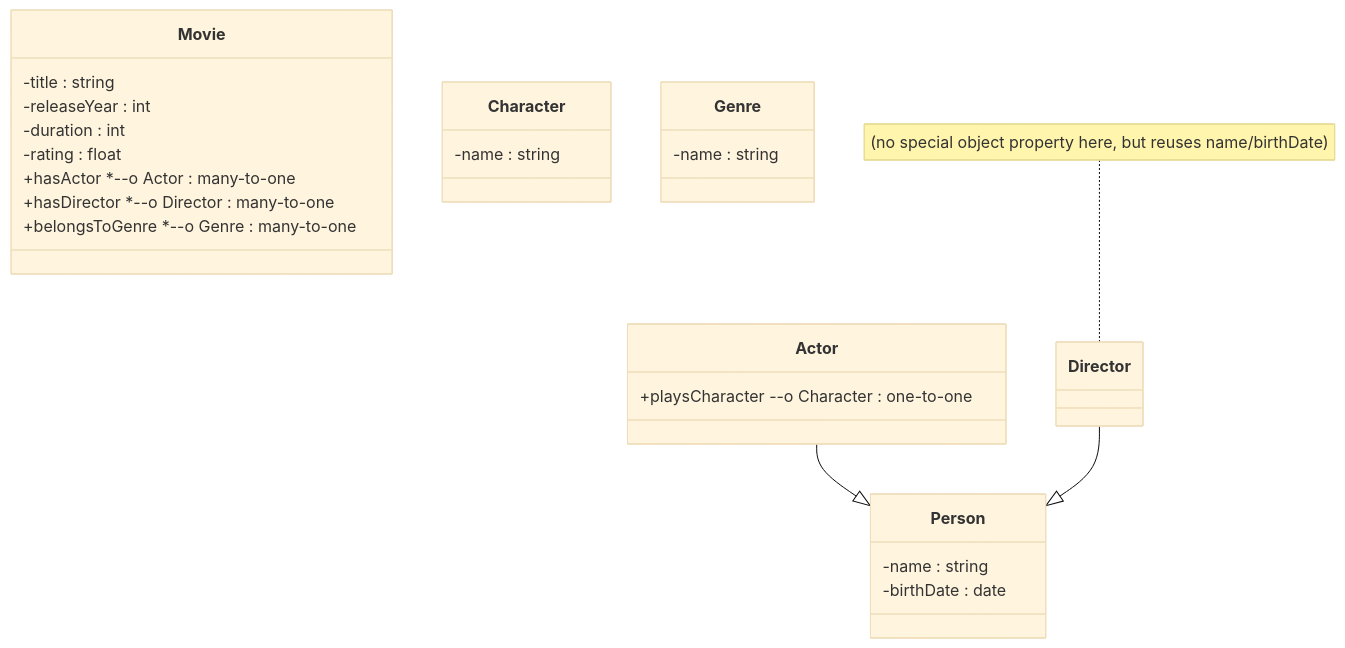
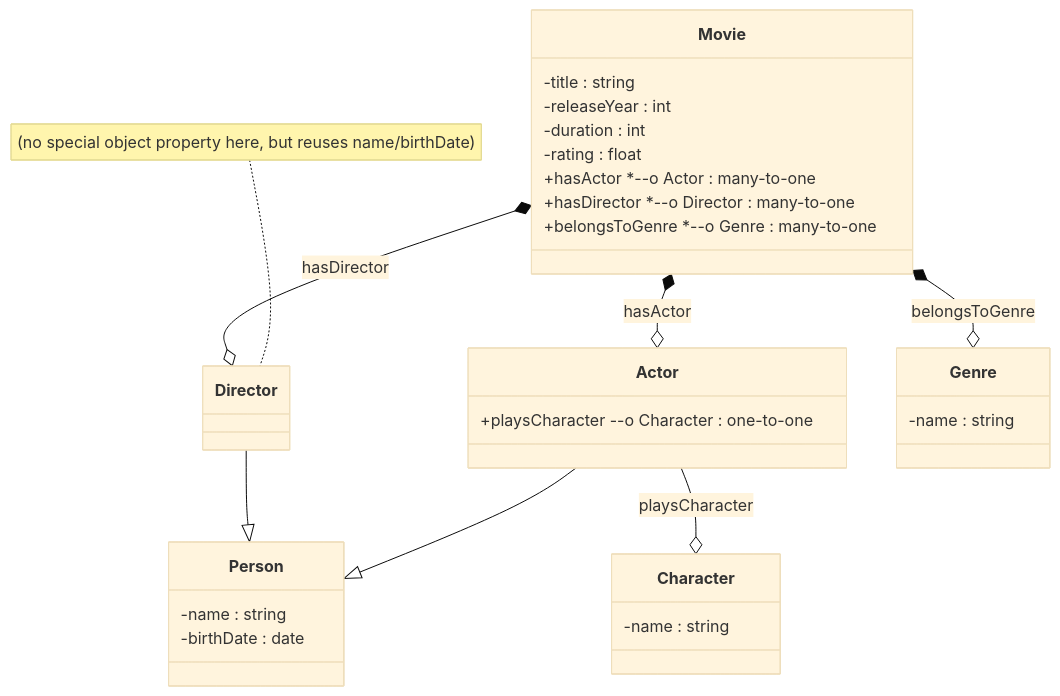
Before and after one commit to shauryashaurya/The-Silmaril: the first of 2 diagrams in o1/o1-structure.md, drawn with Mermaid (base theme).

Commit message:
added class relationships

````diff
--- a/o1/o1-structure.md
+++ b/o1/o1-structure.md
@@ -3,43 +3,48 @@
 ```mermaid                      
 classDiagram    
     class Movie {    
         %% Data Properties    
         -title : string    
         -releaseYear : int    
         -duration : int    
         -rating : float    
         %% Object Properties    
         +hasActor *--o Actor : many-to-one    
         +hasDirector *--o Director : many-to-one    
         +belongsToGenre *--o Genre : many-to-one    
     }    
     
     class Person {    
         %% Data Properties    
         -name : string    
         -birthDate : date    
     }    
     
     class Actor {    
         %% Object Properties    
         +playsCharacter --o Character : one-to-one    
     }    
     
     class Director {    
         %% Inherited Data Properties from Person (name, birthDate) are implicitly present    
     }    
     note for Director "(no special object property here, but reuses name/birthDate)"    
     
     class Character {    
         %% Data Properties    
         -name : string    
     }    
     
     class Genre {    
         %% Data Properties    
         -name : string    
     }    
     
     Actor --|> Person    
     Director --|> Person    
+	
+    Movie *--o Actor : hasActor  
+    Movie *--o Director : hasDirector  
+    Movie *--o Genre : belongsToGenre  
+    Actor --o Character : playsCharacter  
 ```         
````
